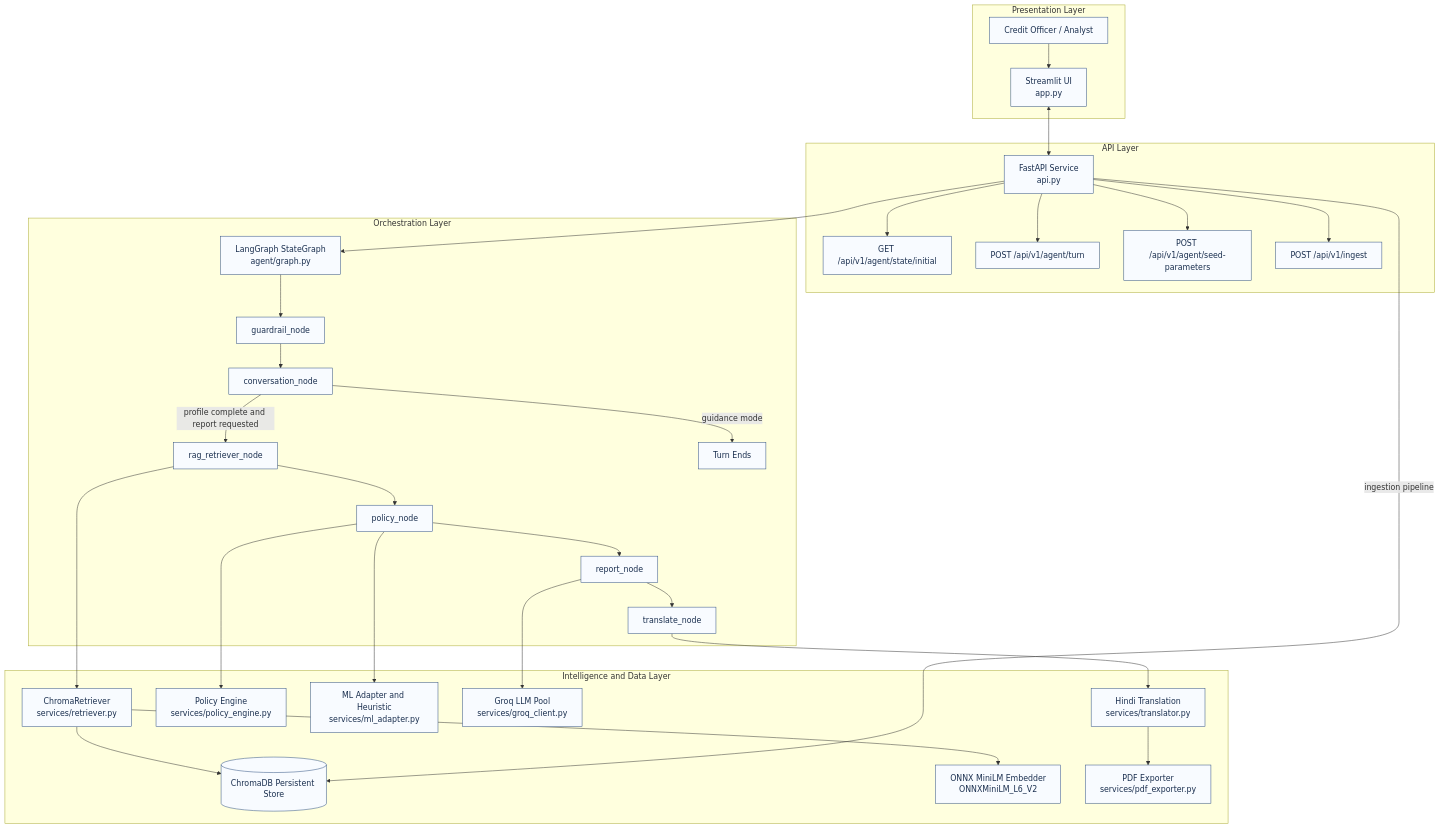
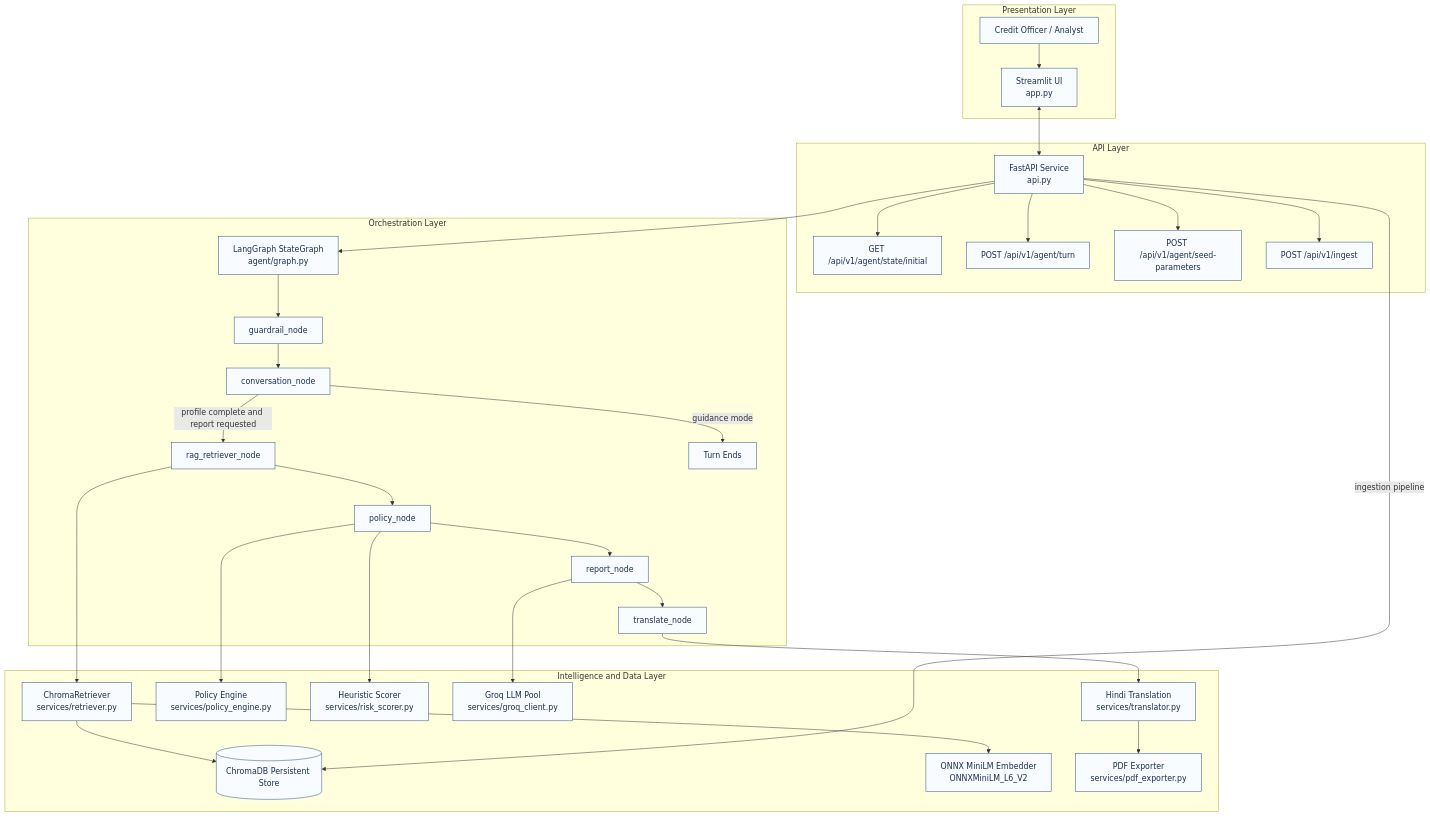
Before and after one commit to mitul-bhatia/GEN_AI_LOAN_APPROVAL: the diagram in docs/diagrams/system-architecture.mmd, drawn with Mermaid. The commit also changed 12 other files, not shown here.

```diff
--- a/docs/diagrams/system-architecture.mmd
+++ b/docs/diagrams/system-architecture.mmd
@@ -1,57 +1,57 @@
 flowchart TB
   subgraph Presentation_Layer[Presentation Layer]
     User["Credit Officer / Analyst"]
     UI["Streamlit UI\napp.py"]
     User --> UI
   end
 
   subgraph API_Layer[API Layer]
     API["FastAPI Service\napi.py"]
     StateInit["GET /api/v1/agent/state/initial"]
     Turn["POST /api/v1/agent/turn"]
     Seed["POST /api/v1/agent/seed-parameters"]
     Ingest["POST /api/v1/ingest"]
     UI <--> API
     API --> StateInit
     API --> Turn
     API --> Seed
     API --> Ingest
   end
 
   subgraph Orchestration_Layer[Orchestration Layer]
     Graph["LangGraph StateGraph\nagent/graph.py"]
     Guard["guardrail_node"]
     Conv["conversation_node"]
     Rag["rag_retriever_node"]
     Pol["policy_node"]
     Rep["report_node"]
     Trn["translate_node"]
     End1["Turn Ends"]
 
     Graph --> Guard --> Conv
     Conv -->|profile complete and report requested| Rag --> Pol --> Rep --> Trn
     Conv -->|guidance mode| End1
   end
 
   subgraph Intelligence_Data_Layer[Intelligence and Data Layer]
     Ret["ChromaRetriever\nservices/retriever.py"]
     Chroma[("ChromaDB Persistent Store")]
     Emb["ONNX MiniLM Embedder\nONNXMiniLM_L6_V2"]
     Policy["Policy Engine\nservices/policy_engine.py"]
-    ML["ML Adapter and Heuristic\nservices/ml_adapter.py"]
+    ML["Heuristic Scorer\nservices/risk_scorer.py"]
     LLM["Groq LLM Pool\nservices/groq_client.py"]
     Hindi["Hindi Translation\nservices/translator.py"]
     Pdf["PDF Exporter\nservices/pdf_exporter.py"]
   end
 
   API --> Graph
   Rag --> Ret --> Emb
   Ret --> Chroma
   Pol --> Policy
   Pol --> ML
   Rep --> LLM
   Trn --> Hindi --> Pdf
   API -->|ingestion pipeline| Chroma
 
   classDef layer fill:#f8fbff,stroke:#2b4c7e,stroke-width:1px,color:#1a2f4f;
   class User,UI,API,StateInit,Turn,Seed,Ingest,Graph,Guard,Conv,Rag,Pol,Rep,Trn,Ret,Chroma,Emb,Policy,ML,LLM,Hindi,Pdf,End1 layer
```
